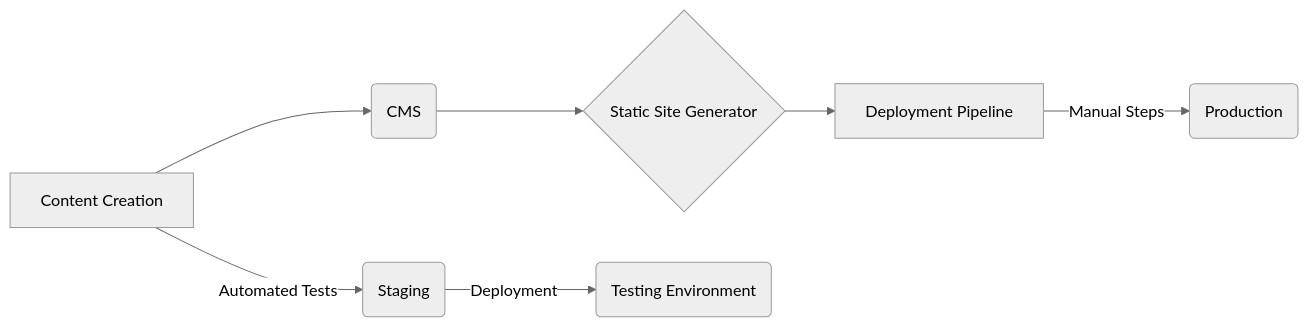
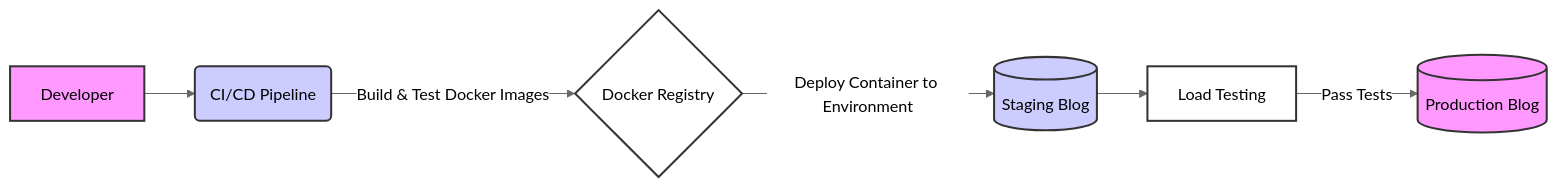
One commit to org-runink/site changed the fifth of 6 diagrams in content/blog/dockerized-blog-generation-test.md. Above: the diagram before and after it, drawn with Mermaid (neutral theme). The commit also changed other lines of this file and 14 other files, not shown here.

````diff
--- a/content/blog/dockerized-blog-generation-test.md
+++ b/content/blog/dockerized-blog-generation-test.md
@@ -23,9 +131,14 @@
 ```mermaid
-graph LR
-A[Content Creation] --> B(CMS)
-B --> C{Static Site Generator}
-C --> D[Deployment Pipeline]
-D -- Manual Steps --> E(Production)
-A -- Automated Tests --> F(Staging)
-F -- Deployment --> G(Testing Environment)
+ graph LR 
+ A[Developer] --> B(CI/CD Pipeline); 
+ B -- Build & Test Docker Images --> C{Docker Registry}; 
+ C -- Deploy Container to Environment --> D[(Staging Blog)]; 
+ D --> E[Load Testing]; 
+ E -- Pass Tests --> F[(Production Blog)];
+ style A fill:#f9f,stroke:#333,stroke-width:2px
+ style B fill:#ccf,stroke:#333,stroke-width:2px
+ style C fill:#fff,stroke:#333,stroke-width:2px
+ style D fill:#ccf,stroke:#333,stroke-width:2px
+ style E fill:#fff,stroke:#333,stroke-width:2px
+ style F fill:#f9f,stroke:#333,stroke-width:2px
 ```
````
